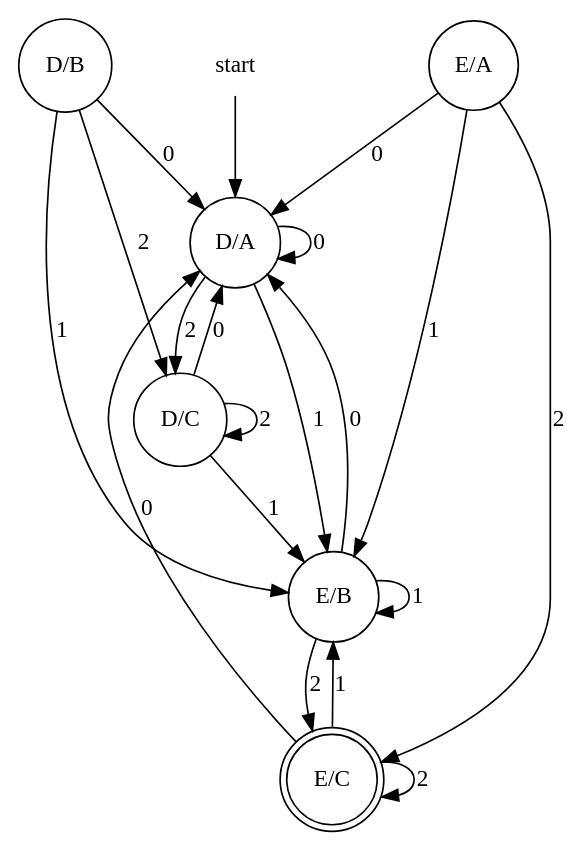
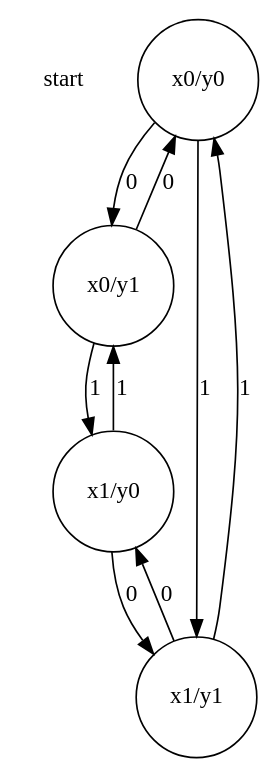
One commit to evertheylen/TA_TO changed the diagram in stijn/product_intersection.gv. Above: the diagram before and after it, drawn with Graphviz. The commit also changed 16 other files, not shown here.

```diff
--- a/stijn/product_intersection.gv
+++ b/stijn/product_intersection.gv
@@ -1,24 +1,13 @@
 digraph product_intersection {
 	node [shape=none]; start;
-	node [shape=doublecircle]; "E/C";
+	node [shape=doublecircle];
 	node [shape=circle];
-	start -> "D/A";
-	"D/A" -> "D/A" [label=0];
-	"D/A" -> "E/B" [label=1];
-	"D/A" -> "D/C" [label=2];
-	"D/B" -> "D/A" [label=0];
-	"D/B" -> "E/B" [label=1];
-	"D/B" -> "D/C" [label=2];
-	"D/C" -> "D/A" [label=0];
-	"D/C" -> "E/B" [label=1];
-	"D/C" -> "D/C" [label=2];
-	"E/A" -> "D/A" [label=0];
-	"E/A" -> "E/B" [label=1];
-	"E/A" -> "E/C" [label=2];
-	"E/B" -> "D/A" [label=0];
-	"E/B" -> "E/B" [label=1];
-	"E/B" -> "E/C" [label=2];
-	"E/C" -> "D/A" [label=0];
-	"E/C" -> "E/B" [label=1];
-	"E/C" -> "E/C" [label=2];
+	"x0/y0" -> "x0/y1" [label=0];
+	"x0/y0" -> "x1/y1" [label=1];
+	"x0/y1" -> "x0/y0" [label=0];
+	"x0/y1" -> "x1/y0" [label=1];
+	"x1/y0" -> "x1/y1" [label=0];
+	"x1/y0" -> "x0/y1" [label=1];
+	"x1/y1" -> "x1/y0" [label=0];
+	"x1/y1" -> "x0/y0" [label=1];
 }
```
